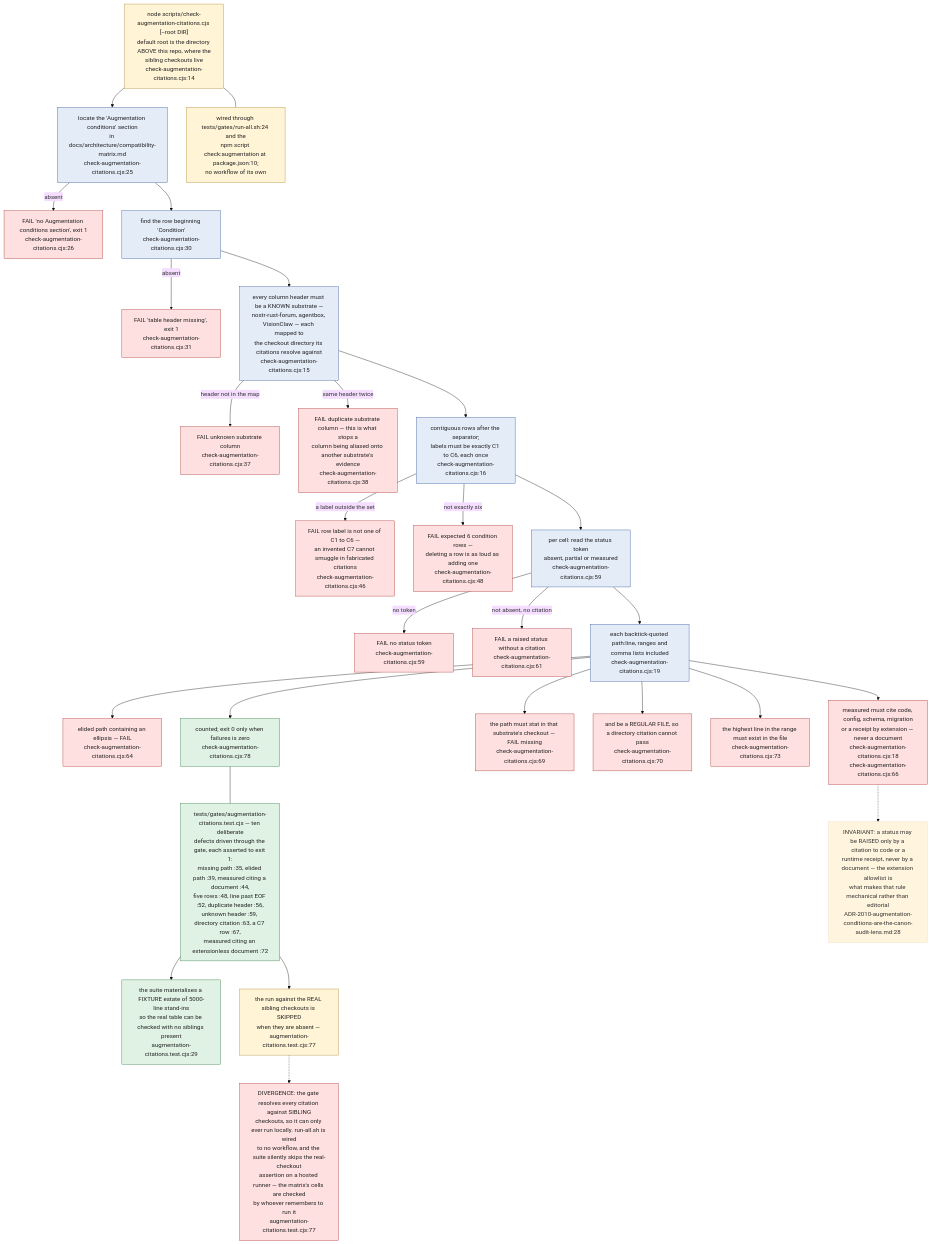
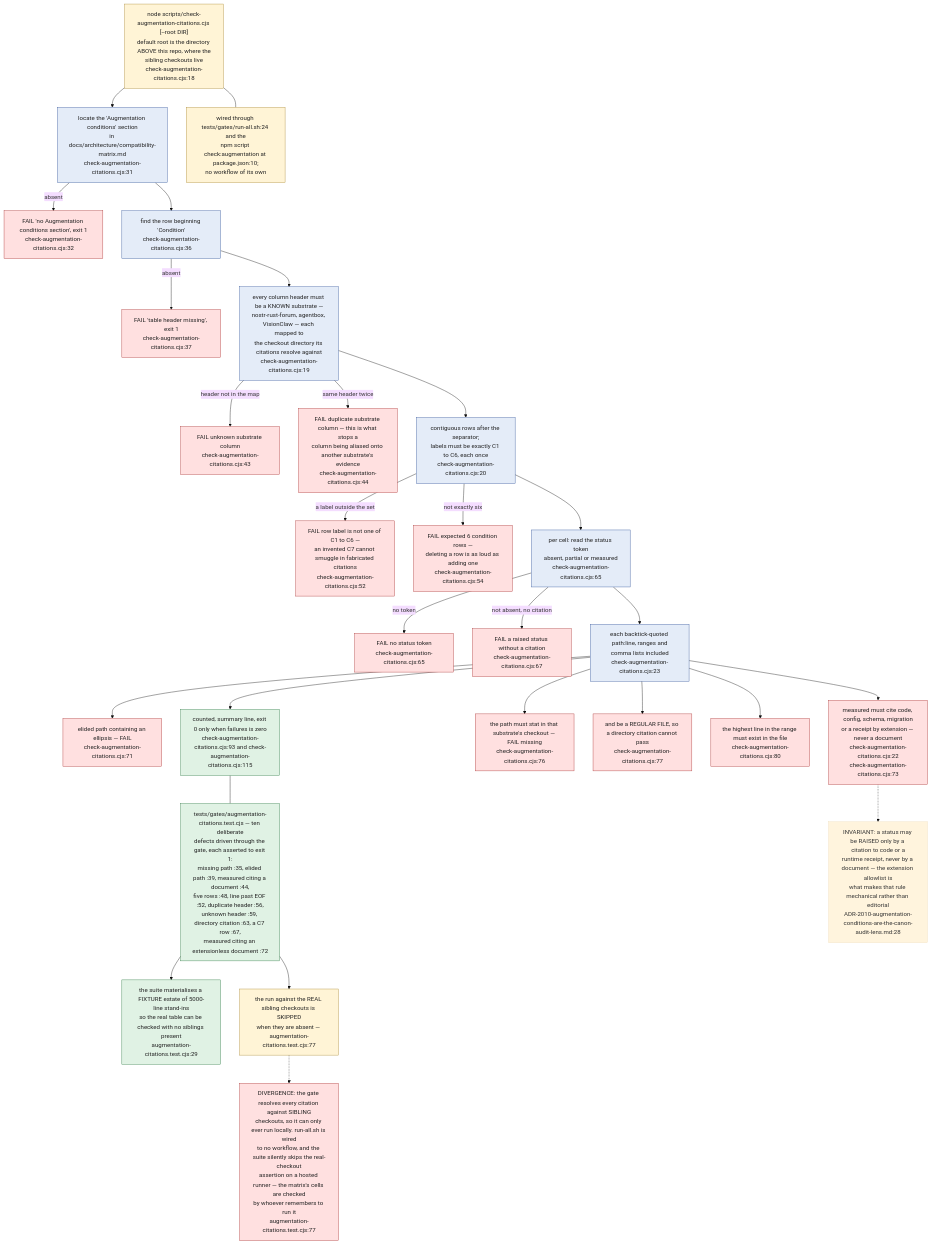
One commit to DreamLab-AI/VisionFlow changed diagram 12 of 13 in docs/diagrams/visionflow/05-governance-gates.md. Above: the diagram before and after it, drawn with Mermaid (base theme). The commit also changed other lines of this file and 160 other files, not shown here.

````diff
--- a/docs/diagrams/visionflow/05-governance-gates.md
+++ b/docs/diagrams/visionflow/05-governance-gates.md
@@ -524,48 +513,48 @@
 ```mermaid
 flowchart TB
     classDef parse fill:#e4ecf8,stroke:#33559a,color:#222
     classDef fail fill:#ffe0e0,stroke:#aa3333,color:#222
     classDef ok fill:#e0f2e4,stroke:#2f7a45,color:#222
     classDef local fill:#fff4d6,stroke:#aa8833,color:#222
 
-    CLI["node scripts/check-augmentation-citations.cjs [--root DIR]<br/>default root is the directory ABOVE this repo, where the<br/>sibling checkouts live<br/>check-augmentation-citations.cjs:14"]:::local
+    CLI["node scripts/check-augmentation-citations.cjs [--root DIR]<br/>default root is the directory ABOVE this repo, where the<br/>sibling checkouts live<br/>check-augmentation-citations.cjs:18"]:::local
 
-    CLI --> SEC["locate the 'Augmentation conditions' section<br/>in docs/architecture/compatibility-matrix.md<br/>check-augmentation-citations.cjs:25"]:::parse
-    SEC -->|absent| F0["FAIL 'no Augmentation conditions section', exit 1<br/>check-augmentation-citations.cjs:26"]:::fail
-    SEC --> HDR["find the row beginning 'Condition'<br/>check-augmentation-citations.cjs:30"]:::parse
-    HDR -->|absent| F1["FAIL 'table header missing', exit 1<br/>check-augmentation-citations.cjs:31"]:::fail
+    CLI --> SEC["locate the 'Augmentation conditions' section<br/>in docs/architecture/compatibility-matrix.md<br/>check-augmentation-citations.cjs:31"]:::parse
+    SEC -->|absent| F0["FAIL 'no Augmentation conditions section', exit 1<br/>check-augmentation-citations.cjs:32"]:::fail
+    SEC --> HDR["find the row beginning 'Condition'<br/>check-augmentation-citations.cjs:36"]:::parse
+    HDR -->|absent| F1["FAIL 'table header missing', exit 1<br/>check-augmentation-citations.cjs:37"]:::fail
 
-    HDR --> COLS["every column header must be a KNOWN substrate —<br/>nostr-rust-forum, agentbox, VisionClaw — each mapped to<br/>the checkout directory its citations resolve against<br/>check-augmentation-citations.cjs:15"]:::parse
-    COLS -->|"header not in the map"| F2["FAIL unknown substrate column<br/>check-augmentation-citations.cjs:37"]:::fail
-    COLS -->|"same header twice"| F3["FAIL duplicate substrate column — this is what stops a<br/>column being aliased onto another substrate's evidence<br/>check-augmentation-citations.cjs:38"]:::fail
+    HDR --> COLS["every column header must be a KNOWN substrate —<br/>nostr-rust-forum, agentbox, VisionClaw — each mapped to<br/>the checkout directory its citations resolve against<br/>check-augmentation-citations.cjs:19"]:::parse
+    COLS -->|"header not in the map"| F2["FAIL unknown substrate column<br/>check-augmentation-citations.cjs:43"]:::fail
+    COLS -->|"same header twice"| F3["FAIL duplicate substrate column — this is what stops a<br/>column being aliased onto another substrate's evidence<br/>check-augmentation-citations.cjs:44"]:::fail
 
-    COLS --> ROWS["contiguous rows after the separator;<br/>labels must be exactly C1 to C6, each once<br/>check-augmentation-citations.cjs:16"]:::parse
-    ROWS -->|"a label outside the set"| F4["FAIL row label is not one of C1 to C6 —<br/>an invented C7 cannot smuggle in fabricated citations<br/>check-augmentation-citations.cjs:46"]:::fail
-    ROWS -->|"not exactly six"| F5["FAIL expected 6 condition rows —<br/>deleting a row is as loud as adding one<br/>check-augmentation-citations.cjs:48"]:::fail
+    COLS --> ROWS["contiguous rows after the separator;<br/>labels must be exactly C1 to C6, each once<br/>check-augmentation-citations.cjs:20"]:::parse
+    ROWS -->|"a label outside the set"| F4["FAIL row label is not one of C1 to C6 —<br/>an invented C7 cannot smuggle in fabricated citations<br/>check-augmentation-citations.cjs:52"]:::fail
+    ROWS -->|"not exactly six"| F5["FAIL expected 6 condition rows —<br/>deleting a row is as loud as adding one<br/>check-augmentation-citations.cjs:54"]:::fail
 
-    ROWS --> CELL["per cell: read the status token<br/>absent, partial or measured<br/>check-augmentation-citations.cjs:59"]:::parse
-    CELL -->|"no token"| F6["FAIL no status token<br/>check-augmentation-citations.cjs:59"]:::fail
-    CELL -->|"not absent, no citation"| F7["FAIL a raised status without a citation<br/>check-augmentation-citations.cjs:61"]:::fail
-    CELL --> CITE["each backtick-quoted path:line, ranges and<br/>comma lists included<br/>check-augmentation-citations.cjs:19"]:::parse
+    ROWS --> CELL["per cell: read the status token<br/>absent, partial or measured<br/>check-augmentation-citations.cjs:65"]:::parse
+    CELL -->|"no token"| F6["FAIL no status token<br/>check-augmentation-citations.cjs:65"]:::fail
+    CELL -->|"not absent, no citation"| F7["FAIL a raised status without a citation<br/>check-augmentation-citations.cjs:67"]:::fail
+    CELL --> CITE["each backtick-quoted path:line, ranges and<br/>comma lists included<br/>check-augmentation-citations.cjs:23"]:::parse
 
-    CITE --> E1["elided path containing an ellipsis — FAIL<br/>check-augmentation-citations.cjs:64"]:::fail
-    CITE --> E2["measured must cite code, config, schema, migration<br/>or a receipt by extension — never a document<br/>check-augmentation-citations.cjs:18<br/>check-augmentation-citations.cjs:66"]:::fail
-    CITE --> E3["the path must stat in that substrate's checkout — FAIL missing<br/>check-augmentation-citations.cjs:69"]:::fail
-    CITE --> E4["and be a REGULAR FILE, so a directory citation cannot pass<br/>check-augmentation-citations.cjs:70"]:::fail
-    CITE --> E5["the highest line in the range must exist in the file<br/>check-augmentation-citations.cjs:73"]:::fail
-    CITE --> PASS["counted; exit 0 only when failures is zero<br/>check-augmentation-citations.cjs:78"]:::ok
+    CITE --> E1["elided path containing an ellipsis — FAIL<br/>check-augmentation-citations.cjs:71"]:::fail
+    CITE --> E2["measured must cite code, config, schema, migration<br/>or a receipt by extension — never a document<br/>check-augmentation-citations.cjs:22<br/>check-augmentation-citations.cjs:73"]:::fail
+    CITE --> E3["the path must stat in that substrate's checkout — FAIL missing<br/>check-augmentation-citations.cjs:76"]:::fail
+    CITE --> E4["and be a REGULAR FILE, so a directory citation cannot pass<br/>check-augmentation-citations.cjs:77"]:::fail
+    CITE --> E5["the highest line in the range must exist in the file<br/>check-augmentation-citations.cjs:80"]:::fail
+    CITE --> PASS["counted, summary line, exit 0 only when failures is zero<br/>check-augmentation-citations.cjs:93 and check-augmentation-citations.cjs:115"]:::ok
 
     SUITE["tests/gates/augmentation-citations.test.cjs — ten deliberate<br/>defects driven through the gate, each asserted to exit 1:<br/>missing path :35, elided path :39, measured citing a document :44,<br/>five rows :48, line past EOF :52, duplicate header :56,<br/>unknown header :59, directory citation :63, a C7 row :67,<br/>measured citing an extensionless document :72"]:::ok
     PASS --- SUITE
     SUITE --> FIX["the suite materialises a FIXTURE estate of 5000-line stand-ins<br/>so the real table can be checked with no siblings present<br/>augmentation-citations.test.cjs:29"]:::ok
     SUITE --> SKIP["the run against the REAL sibling checkouts is SKIPPED<br/>when they are absent — augmentation-citations.test.cjs:77"]:::local
 
     WIRE["wired through tests/gates/run-all.sh:24 and the<br/>npm script check:augmentation at package.json:10;<br/>no workflow of its own"]:::local
     CLI --- WIRE
 
     INV["INVARIANT: a status may be RAISED only by a citation to code or a<br/>runtime receipt, never by a document — the extension allowlist is<br/>what makes that rule mechanical rather than editorial<br/>ADR-2010-augmentation-conditions-are-the-canon-audit-lens.md:28"]
     E2 -.-> INV
 
     DIV["DIVERGENCE: the gate resolves every citation against SIBLING<br/>checkouts, so it can only ever run locally. run-all.sh is wired<br/>to no workflow, and the suite silently skips the real-checkout<br/>assertion on a hosted runner — the matrix's cells are checked<br/>by whoever remembers to run it<br/>augmentation-citations.test.cjs:77"]:::fail
     SKIP -.-> DIV
 ```
````
